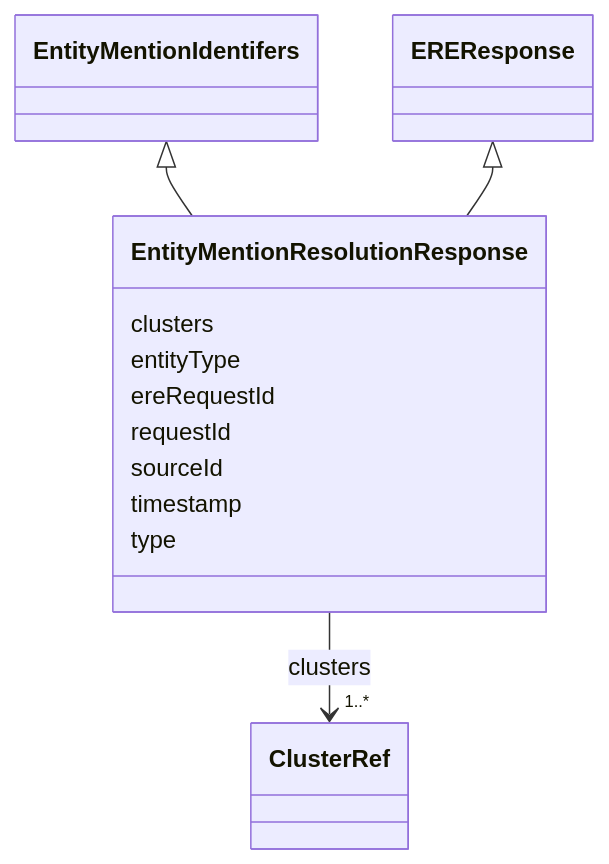
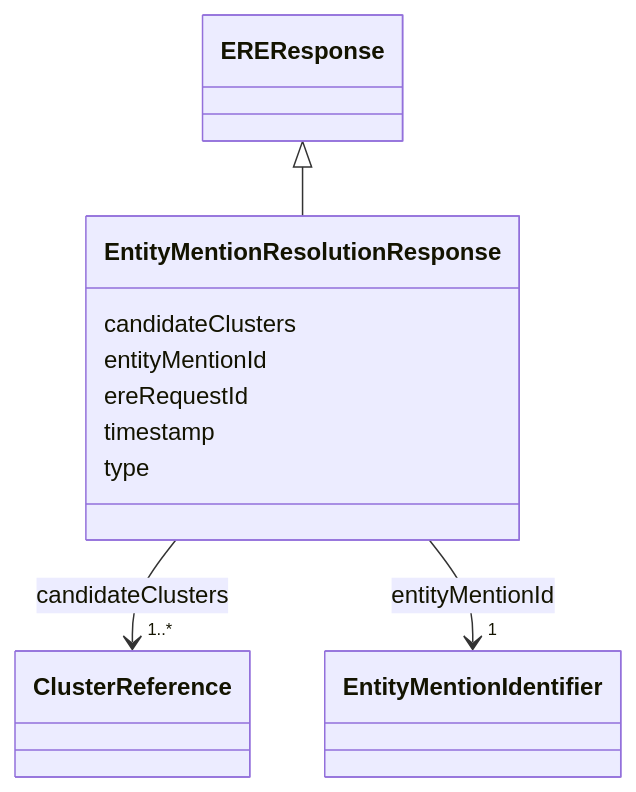
The diagram in docs/schema/EntityMentionResolutionResponse.md (OP-TED/entity-resolution-spec), drawn with Mermaid before and after one commit. The commit also changed other lines of this file and 23 other files, not shown here.

````diff
--- a/docs/schema/EntityMentionResolutionResponse.md
+++ b/docs/schema/EntityMentionResolutionResponse.md
@@ -34,34 +34,37 @@
 ```mermaid
  classDiagram
     class EntityMentionResolutionResponse
     click EntityMentionResolutionResponse href "../EntityMentionResolutionResponse/"
-      EntityMentionIdentifers <|-- EntityMentionResolutionResponse
-        click EntityMentionIdentifers href "../EntityMentionIdentifers/"
       EREResponse <|-- EntityMentionResolutionResponse
         click EREResponse href "../EREResponse/"
       
-      EntityMentionResolutionResponse : clusters
+      EntityMentionResolutionResponse : candidateClusters
         
           
     
         
         
-        EntityMentionResolutionResponse --> "1..*" ClusterRef : clusters
-        click ClusterRef href "../ClusterRef/"
+        EntityMentionResolutionResponse --> "1..*" ClusterReference : candidateClusters
+        click ClusterReference href "../ClusterReference/"
     
 
         
-      EntityMentionResolutionResponse : entityType
+      EntityMentionResolutionResponse : entityMentionId
+        
+          
+    
+        
+        
+        EntityMentionResolutionResponse --> "1" EntityMentionIdentifier : entityMentionId
+        click EntityMentionIdentifier href "../EntityMentionIdentifier/"
+    
+
         
       EntityMentionResolutionResponse : ereRequestId
-        
-      EntityMentionResolutionResponse : requestId
-        
-      EntityMentionResolutionResponse : sourceId
         
       EntityMentionResolutionResponse : timestamp
         
       EntityMentionResolutionResponse : type
         
       
 ```
````
